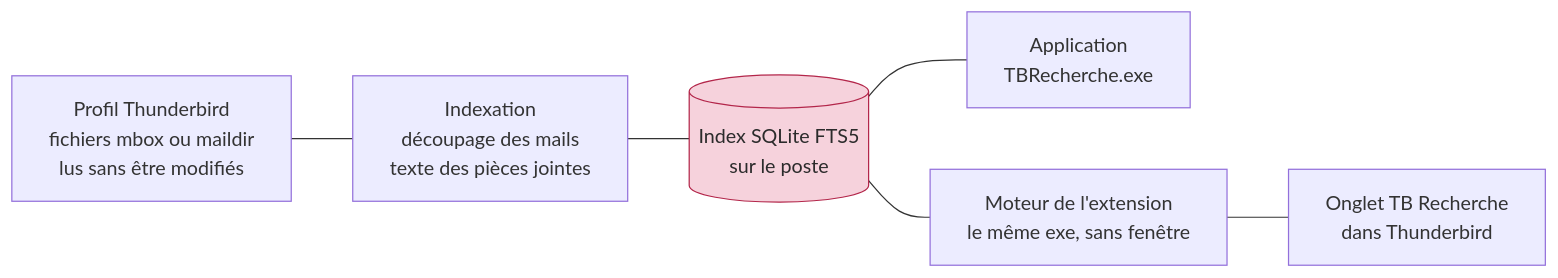
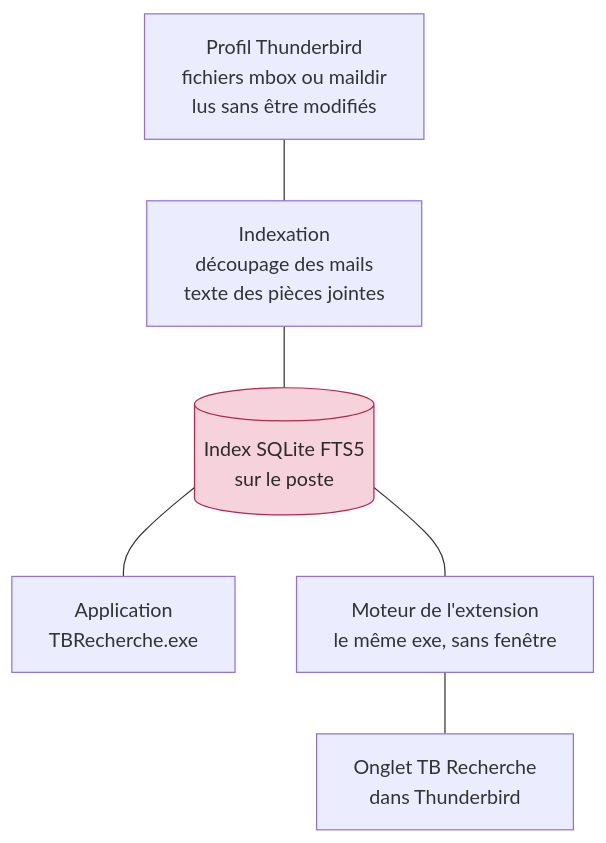
Before and after one commit to DIS21-SANTENAY/tb-recherche: the diagram in README.md, drawn with Mermaid. The commit also changed other lines of this file, not shown here.

Commit message:
README : schéma vertical, lisible dans une fenêtre étroite

````diff
--- a/README.md
+++ b/README.md
@@ -72,14 +72,14 @@
 ```mermaid
-flowchart LR
+flowchart TD
     P["Profil Thunderbird<br/>fichiers mbox ou maildir<br/>lus sans être modifiés"]
     I["Indexation<br/>découpage des mails<br/>texte des pièces jointes"]
     DB[("Index SQLite FTS5<br/>sur le poste")]
     A["Application<br/>TBRecherche.exe"]
     H["Moteur de l'extension<br/>le même exe, sans fenêtre"]
     X["Onglet TB Recherche<br/>dans Thunderbird"]
     P --- I --- DB
     DB --- A
     DB --- H --- X
     classDef cle fill:#F6D2DC,stroke:#B3264A,color:#2B2B2B
     class DB cle
 ```
````
